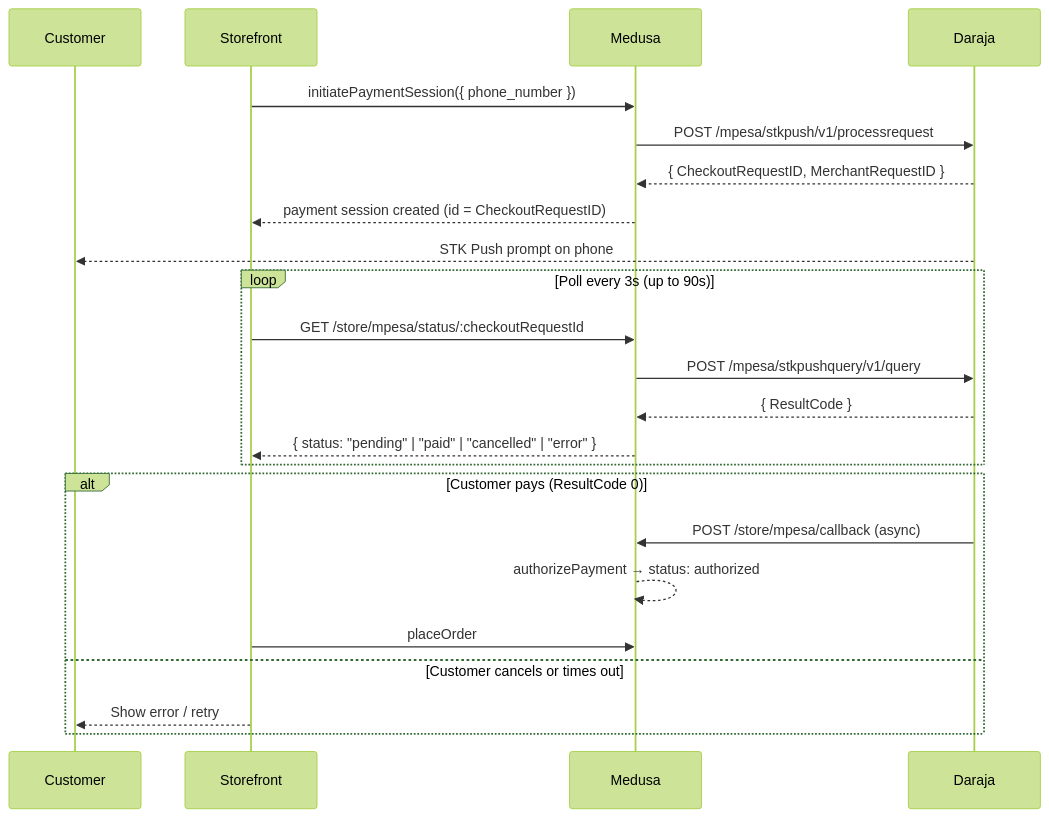
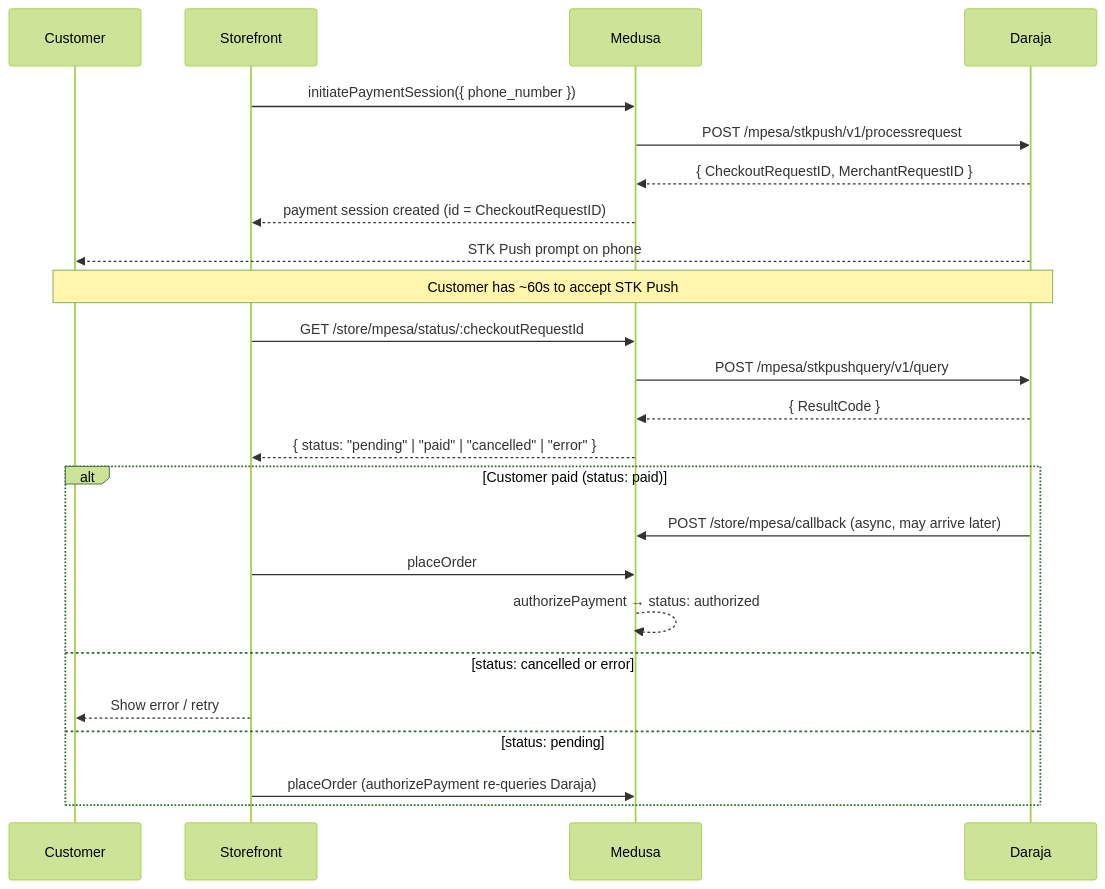
One commit to gisioraelvis/medusajs-dtc-docker-starter changed the first of 2 diagrams in packages/medusa-payment-mpesa/README.md. Above: the diagram before and after it, drawn with Mermaid (forest theme). The commit also changed other lines of this file and 6 other files, not shown here.

````diff
--- a/packages/medusa-payment-mpesa/README.md
+++ b/packages/medusa-payment-mpesa/README.md
@@ -148,28 +148,30 @@
 ```mermaid
 sequenceDiagram
     participant Customer
     participant Storefront
     participant Medusa
     participant Daraja
 
     Storefront->>Medusa: initiatePaymentSession({ phone_number })
     Medusa->>Daraja: POST /mpesa/stkpush/v1/processrequest
     Daraja-->>Medusa: { CheckoutRequestID, MerchantRequestID }
     Medusa-->>Storefront: payment session created (id = CheckoutRequestID)
     Daraja-->>Customer: STK Push prompt on phone
 
-    loop Poll every 3s (up to 90s)
-        Storefront->>Medusa: GET /store/mpesa/status/:checkoutRequestId
-        Medusa->>Daraja: POST /mpesa/stkpushquery/v1/query
-        Daraja-->>Medusa: { ResultCode }
-        Medusa-->>Storefront: { status: "pending" | "paid" | "cancelled" | "error" }
-    end
+    Note over Customer,Daraja: Customer has ~60s to accept STK Push
 
-    alt Customer pays (ResultCode 0)
-        Daraja->>Medusa: POST /store/mpesa/callback (async)
+    Storefront->>Medusa: GET /store/mpesa/status/:checkoutRequestId
+    Medusa->>Daraja: POST /mpesa/stkpushquery/v1/query
+    Daraja-->>Medusa: { ResultCode }
+    Medusa-->>Storefront: { status: "pending" | "paid" | "cancelled" | "error" }
+
+    alt Customer paid (status: paid)
+        Daraja->>Medusa: POST /store/mpesa/callback (async, may arrive later)
+        Storefront->>Medusa: placeOrder
         Medusa-->>Medusa: authorizePayment → status: authorized
-        Storefront->>Medusa: placeOrder
-    else Customer cancels or times out
+    else status: cancelled or error
         Storefront-->>Customer: Show error / retry
+    else status: pending
+        Storefront->>Medusa: placeOrder (authorizePayment re-queries Daraja)
     end
 ```
````
